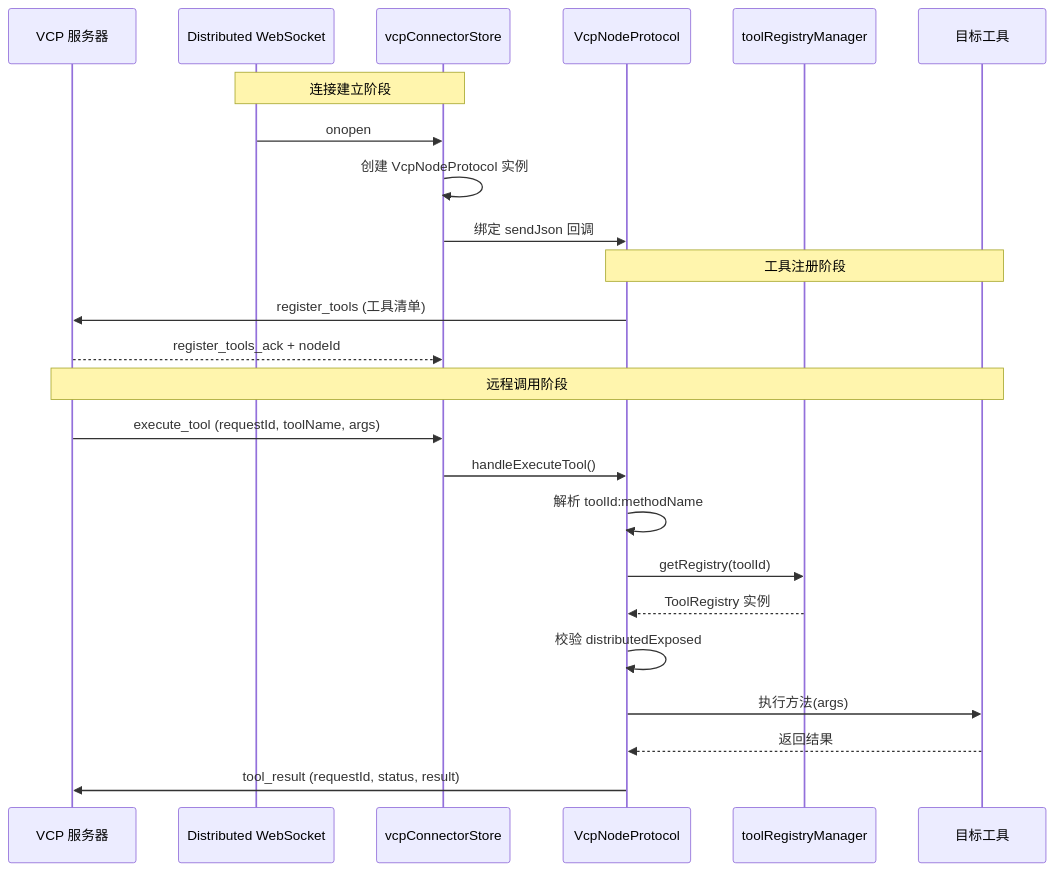
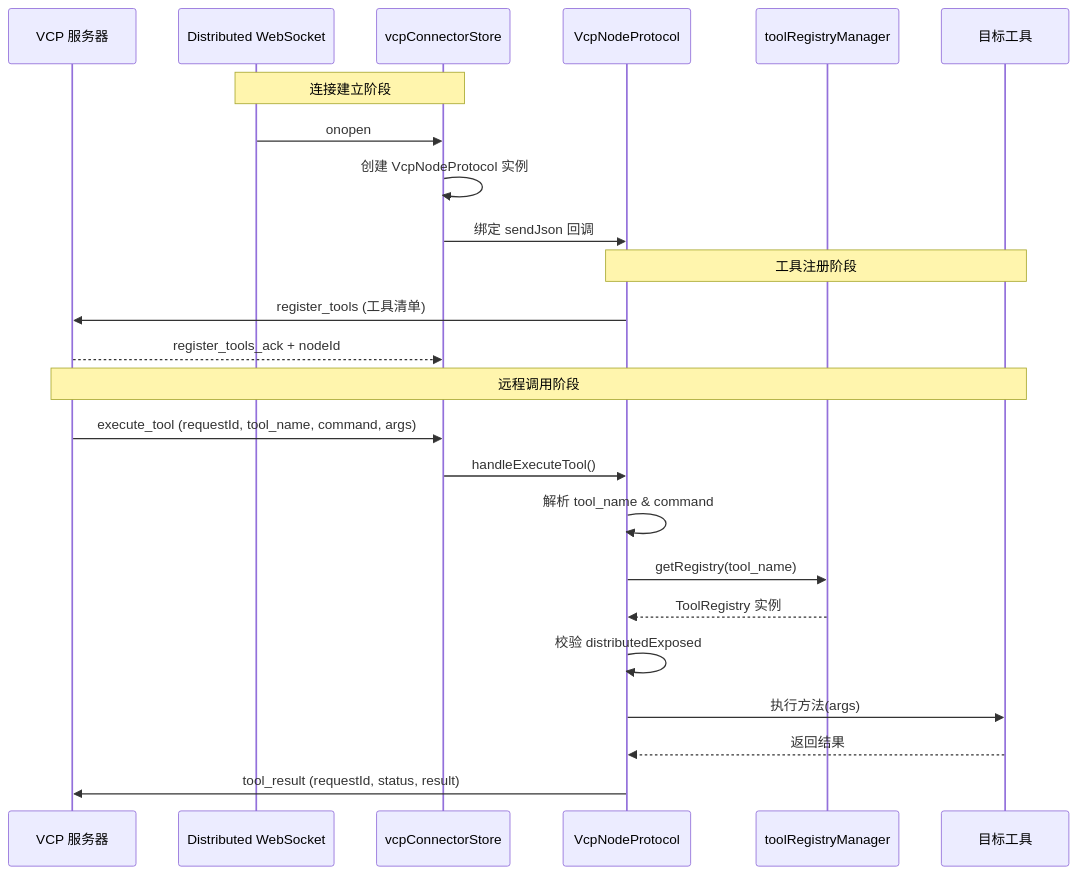
The sixth of 7 diagrams in src/tools/vcp-connector/ARCHITECTURE.md (miaotouy/aio-hub), drawn with Mermaid before and after one commit. The commit also changed other lines of this file and 3 other files, not shown here.

````diff
--- a/src/tools/vcp-connector/ARCHITECTURE.md
+++ b/src/tools/vcp-connector/ARCHITECTURE.md
@@ -489,29 +489,29 @@
 ```mermaid
 sequenceDiagram
     participant VCP as VCP 服务器
     participant DWS as Distributed WebSocket
     participant Store as vcpConnectorStore
     participant Proto as VcpNodeProtocol
     participant Registry as toolRegistryManager
     participant Tool as 目标工具
 
     Note over DWS,Store: 连接建立阶段
     DWS->>Store: onopen
     Store->>Store: 创建 VcpNodeProtocol 实例
     Store->>Proto: 绑定 sendJson 回调
 
     Note over Proto,Tool: 工具注册阶段
     Proto->>VCP: register_tools (工具清单)
     VCP-->>Store: register_tools_ack + nodeId
 
     Note over VCP,Tool: 远程调用阶段
-    VCP->>Store: execute_tool (requestId, toolName, args)
+    VCP->>Store: execute_tool (requestId, tool_name, command, args)
     Store->>Proto: handleExecuteTool()
-    Proto->>Proto: 解析 toolId:methodName
-    Proto->>Registry: getRegistry(toolId)
+    Proto->>Proto: 解析 tool_name & command
+    Proto->>Registry: getRegistry(tool_name)
     Registry-->>Proto: ToolRegistry 实例
     Proto->>Proto: 校验 distributedExposed
     Proto->>Tool: 执行方法(args)
     Tool-->>Proto: 返回结果
     Proto->>VCP: tool_result (requestId, status, result)
 ```
````
